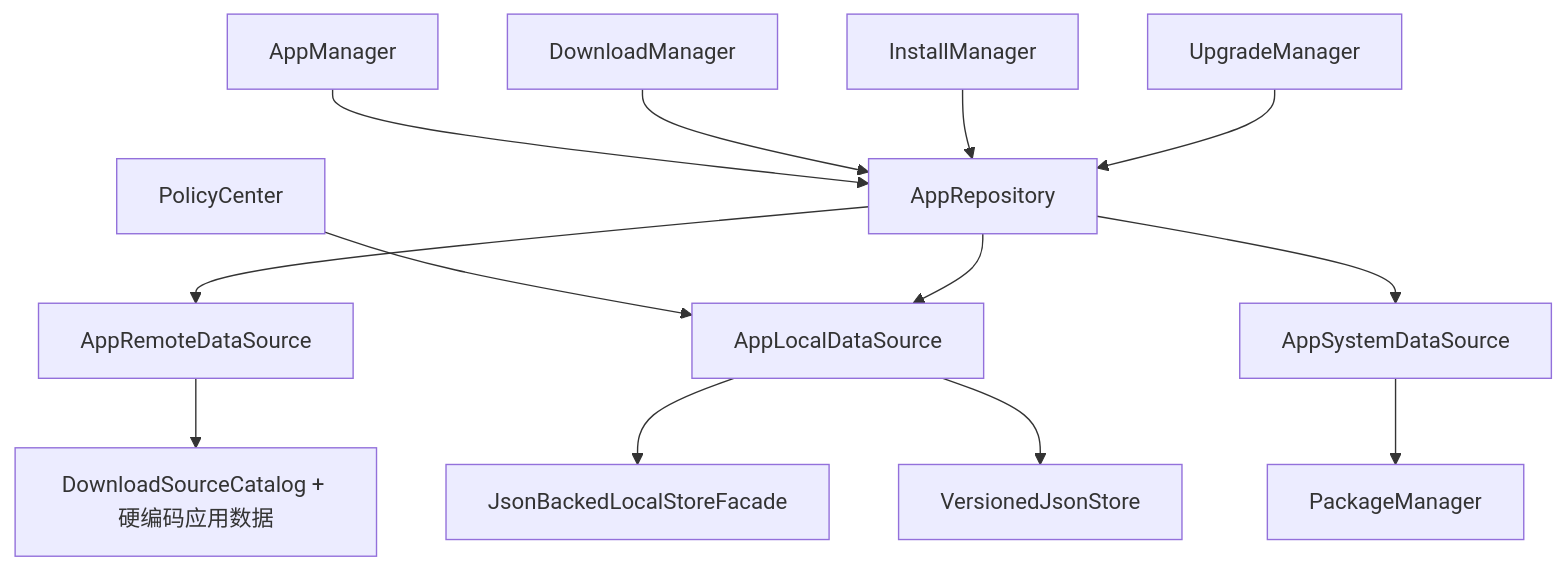
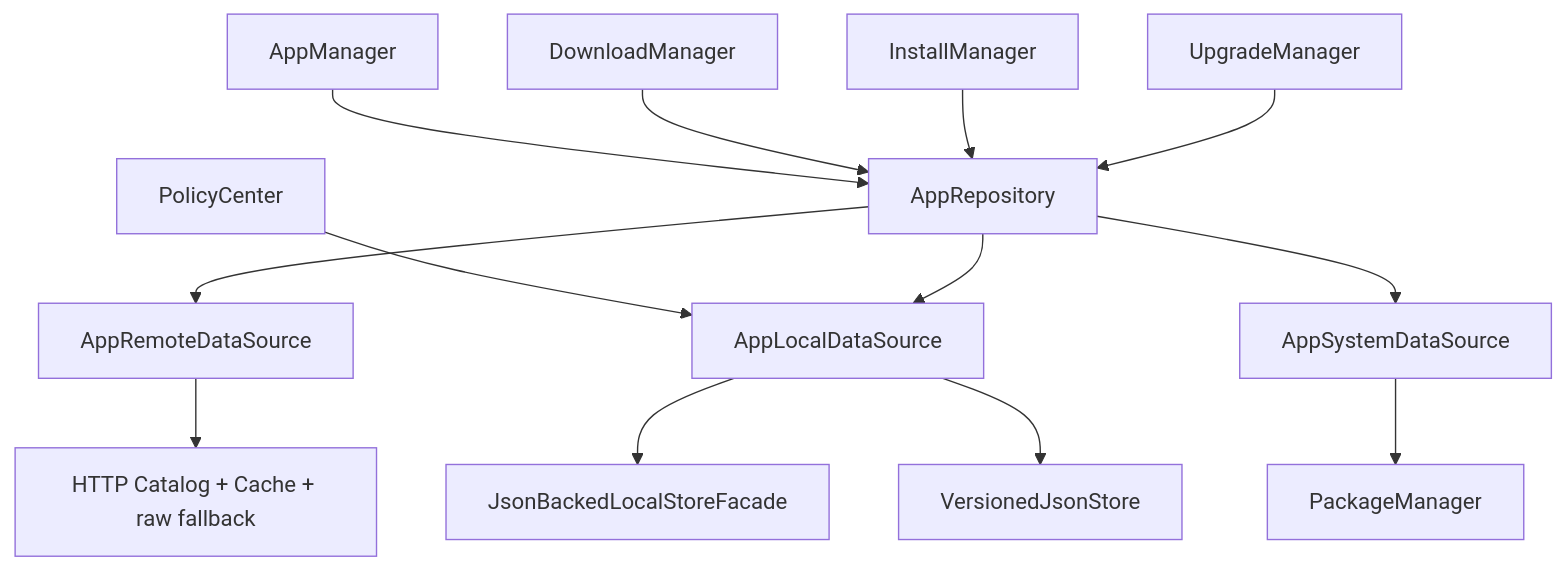
Before and after one commit to XZQ/CarAppStore: the first of 4 diagrams in docs/15-Repository架构与流程.md, drawn with Mermaid. The commit also changed other lines of this file and 16 other files, not shown here.

````diff
--- a/docs/15-Repository架构与流程.md
+++ b/docs/15-Repository架构与流程.md
@@ -17,17 +17,17 @@
 ```mermaid
 flowchart TD
     AM[AppManager] --> REPO[AppRepository]
     DM[DownloadManager] --> REPO
     IM[InstallManager] --> REPO
     UM[UpgradeManager] --> REPO
     PC[PolicyCenter] --> LOCAL[AppLocalDataSource]
 
     REPO --> REMOTE[AppRemoteDataSource]
     REPO --> LOCAL
     REPO --> SYSTEM[AppSystemDataSource]
 
     LOCAL --> FACADE[JsonBackedLocalStoreFacade]
     LOCAL --> VSTORE[VersionedJsonStore]
     SYSTEM --> PKGMGR[PackageManager]
-    REMOTE --> CATALOG[DownloadSourceCatalog + 硬编码应用数据]
+    REMOTE --> CATALOG[HTTP Catalog + Cache + raw fallback]
 ```
````
